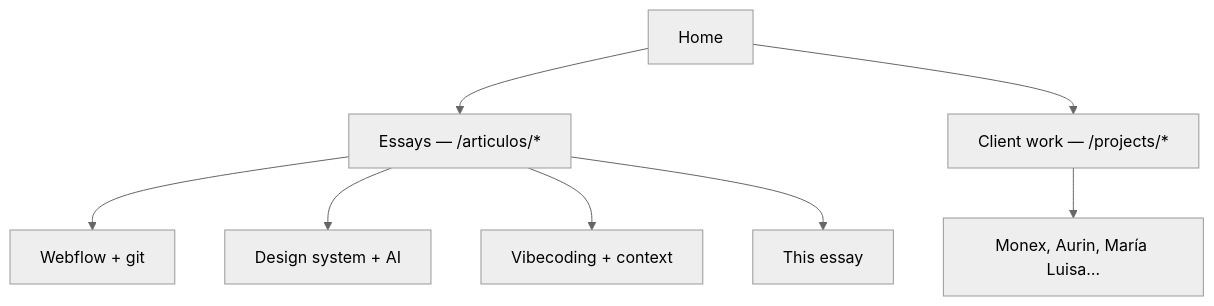
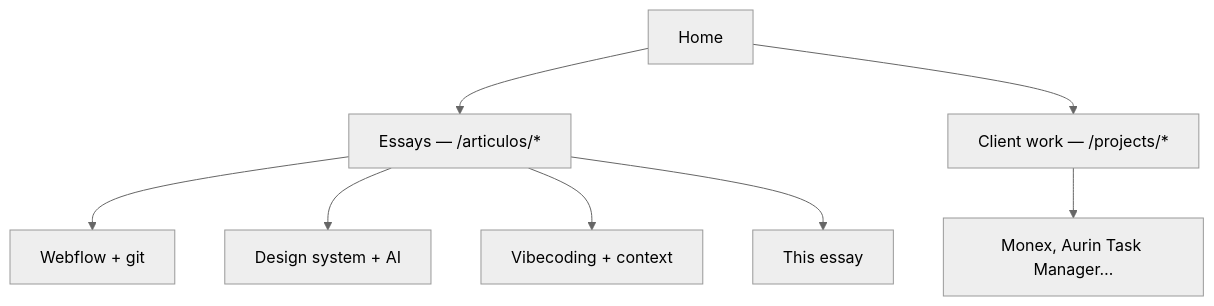
The first of 5 diagrams in apps/web/src/content/projects/portfolio-frontend-design-code-en.md (karenrebecag/Portfolio2026), drawn with Mermaid (neutral theme) before and after one commit. The commit also changed other lines of this file and 8 other files, not shown here.

````diff
--- a/apps/web/src/content/projects/portfolio-frontend-design-code-en.md
+++ b/apps/web/src/content/projects/portfolio-frontend-design-code-en.md
@@ -43,16 +43,16 @@
 ```mermaid Two bands, one list
 flowchart TB
   HOME["Home"]
   ESS["Essays — /articulos/*"]
   CLI["Client work — /projects/*"]
 
   HOME --> ESS
   HOME --> CLI
 
   ESS --> E1["Webflow + git"]
   ESS --> E2["Design system + AI"]
   ESS --> E3["Vibecoding + context"]
   ESS --> E4["This essay"]
 
-  CLI --> C1["Monex, Aurin, María Luisa…"]
+  CLI --> C1["Monex, Aurin Task Manager…"]
 ```
````
